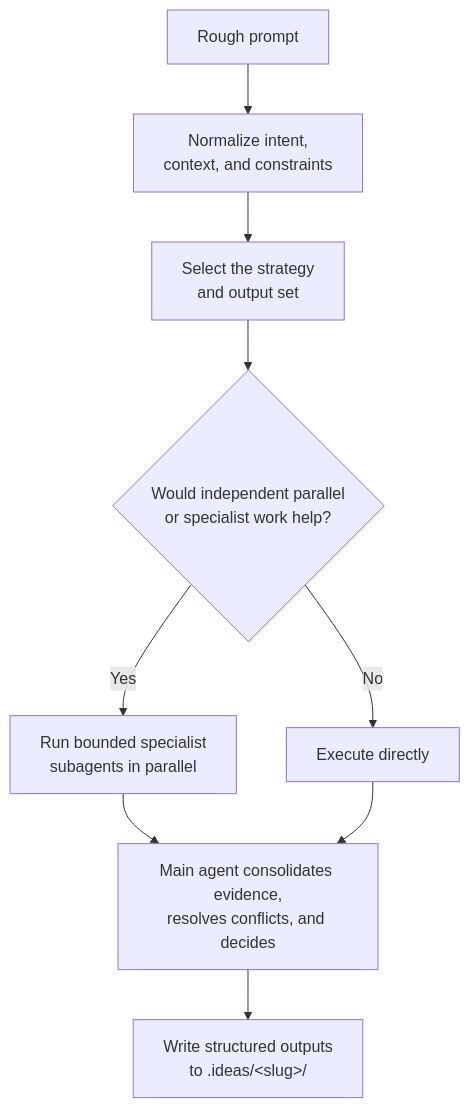
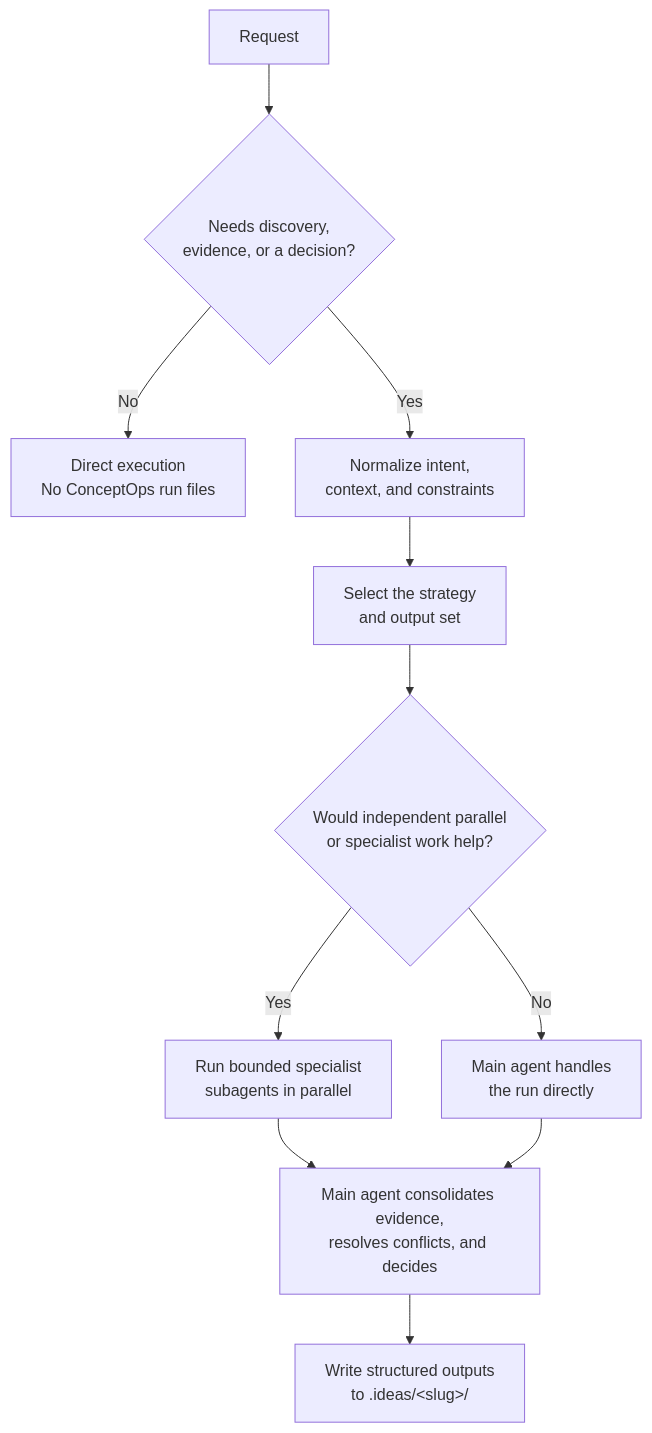
One commit to uginy/conceptops changed the diagram in README.md. Above: the diagram before and after it, drawn with Mermaid. The commit also changed other lines of this file and 4 other files, not shown here.

Commit message:
feat: add direct-execution scope gate

````diff
--- a/README.md
+++ b/README.md
@@ -72,11 +74,13 @@
 ```mermaid
 flowchart TD
-    A["Rough prompt"] --> B["Normalize intent,<br/>context, and constraints"]
-    B --> C["Select the strategy<br/>and output set"]
-    C --> D{Would independent parallel<br/>or specialist work help?}
-    D -->|Yes| E["Run bounded specialist<br/>subagents in parallel"]
-    D -->|No| F["Execute directly"]
-    E --> G["Main agent consolidates evidence,<br/>resolves conflicts, and decides"]
-    F --> G
-    G --> H["Write structured outputs<br/>to .ideas/&lt;slug&gt;/"]
+    A["Request"] --> B{Needs discovery,<br/>evidence, or a decision?}
+    B -->|No| X["Direct execution<br/>No ConceptOps run files"]
+    B -->|Yes| C["Normalize intent,<br/>context, and constraints"]
+    C --> D["Select the strategy<br/>and output set"]
+    D --> E{Would independent parallel<br/>or specialist work help?}
+    E -->|Yes| F["Run bounded specialist<br/>subagents in parallel"]
+    E -->|No| G["Main agent handles<br/>the run directly"]
+    F --> H["Main agent consolidates evidence,<br/>resolves conflicts, and decides"]
+    G --> H
+    H --> I["Write structured outputs<br/>to .ideas/&lt;slug&gt;/"]
 ```
````
